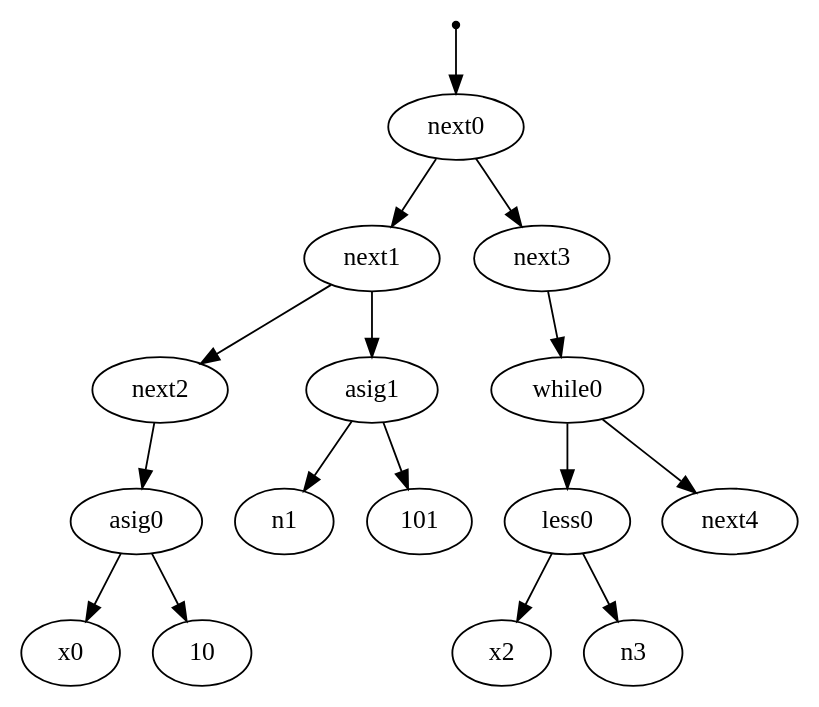
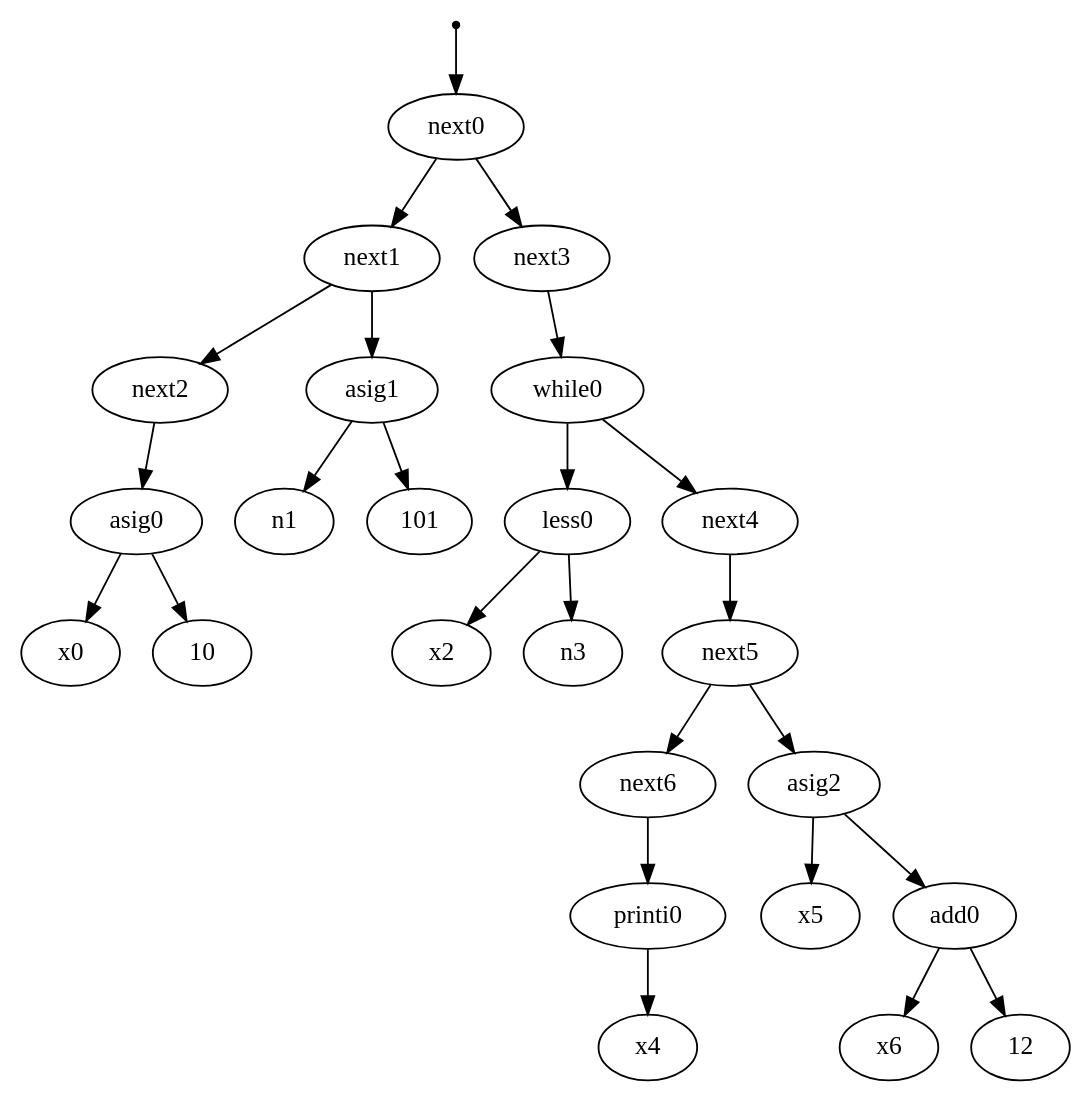
The diagram in dot_output.dot (NicoFraschetti/compiladores2019), drawn with Graphviz before and after one commit. The commit also changed 26 other files, not shown here.

```diff
--- a/dot_output.dot
+++ b/dot_output.dot
@@ -1,18 +1,27 @@
 digraph{
 inic[shape=point];
 inic->next0
 next0->next1
 next1->next2
 next2->asig0
 asig0->x0
 asig0->10
 next1->asig1
 asig1->n1
 asig1->101
 next0->next3
 next3->while0
 while0->less0
 less0->x2
 less0->n3
 while0->next4
+next4->next5
+next5->next6
+next6->printi0
+printi0->x4
+next5->asig2
+asig2->x5
+asig2->add0
+add0->x6
+add0->12
 }
```
